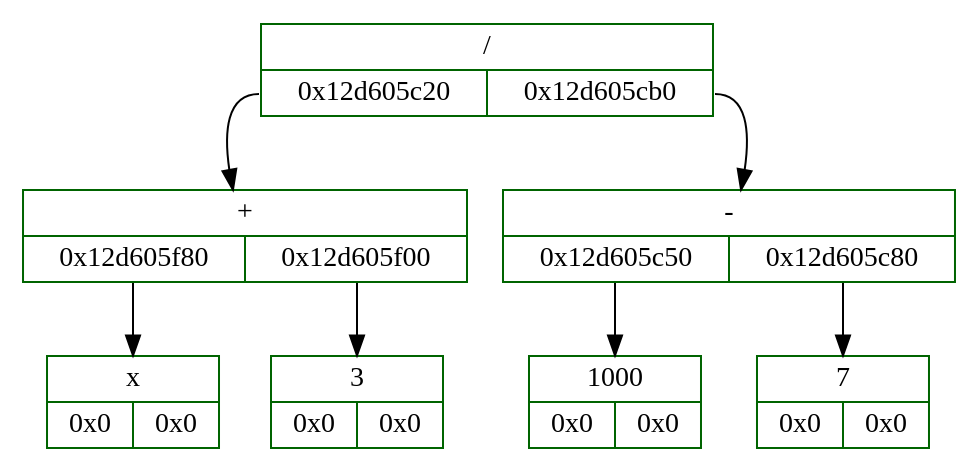
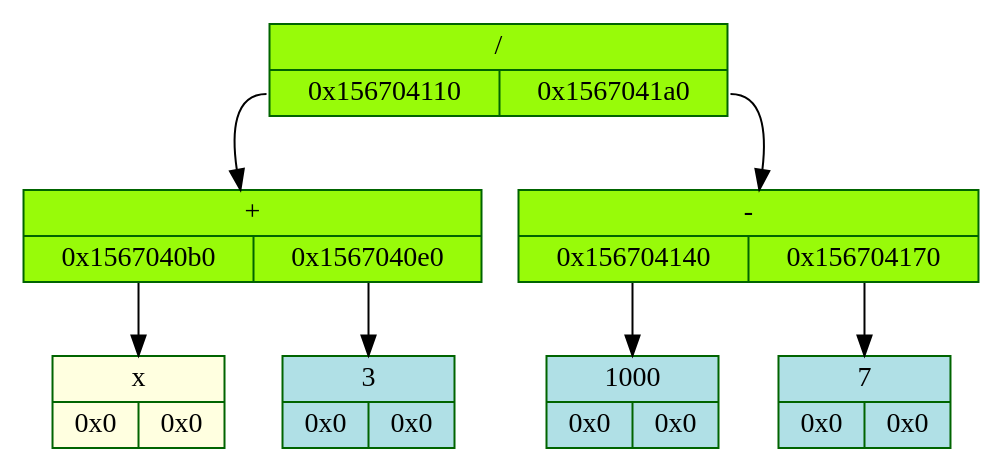
One commit to whiterno/bin_exp_tree changed the diagram in log/dump.dot. Above: the diagram before and after it, drawn with Graphviz. The commit also changed 3 other files, not shown here.

```diff
--- a/log/dump.dot
+++ b/log/dump.dot
@@ -1,17 +1,17 @@
 digraph D{
 	rankdir = TB
 
-	node_5056257248 [color = "darkgreen", style = "filled", shape = "record", fillcolor = "white", label = "{ /  | {<fl5056257248> 0x12d605c20 | <fr5056257248> 0x12d605cb0}}"]
-	node_5056257248: <fl5056257248> -> node_5056257056 [color = "black", arrowhead = "normal", label = ""]
-	node_5056257056 [color = "darkgreen", style = "filled", shape = "record", fillcolor = "white", label = "{ +  | {<fl5056257056> 0x12d605f80 | <fr5056257056> 0x12d605f00}}"]
-	node_5056257056: <fl5056257056> -> node_5056257920 [color = "black", arrowhead = "normal", label = ""]
-	node_5056257920 [color = "darkgreen", style = "filled", shape = "record", fillcolor = "white", label = "{x  | {<fl5056257920> 0x0 | <fr5056257920> 0x0}}"]
-	node_5056257056: <fr5056257056> -> node_5056257792 [color = "black", arrowhead = "normal", label = ""]
-	node_5056257792 [color = "darkgreen", style = "filled", shape = "record", fillcolor = "white", label = "{3  | {<fl5056257792> 0x0 | <fr5056257792> 0x0}}"]
-	node_5056257248: <fr5056257248> -> node_5056257200 [color = "black", arrowhead = "normal", label = ""]
-	node_5056257200 [color = "darkgreen", style = "filled", shape = "record", fillcolor = "white", label = "{ -  | {<fl5056257200> 0x12d605c50 | <fr5056257200> 0x12d605c80}}"]
-	node_5056257200: <fl5056257200> -> node_5056257104 [color = "black", arrowhead = "normal", label = ""]
-	node_5056257104 [color = "darkgreen", style = "filled", shape = "record", fillcolor = "white", label = "{1000  | {<fl5056257104> 0x0 | <fr5056257104> 0x0}}"]
-	node_5056257200: <fr5056257200> -> node_5056257152 [color = "black", arrowhead = "normal", label = ""]
-	node_5056257152 [color = "darkgreen", style = "filled", shape = "record", fillcolor = "white", label = "{7  | {<fl5056257152> 0x0 | <fr5056257152> 0x0}}"]
+	node_5745164752 [color = "darkgreen", style = "filled", shape = "record", fillcolor = "#98FB9" label = "{ /  | {<fl5745164752> 0x156704110 | <fr5745164752> 0x1567041a0}}"]
+	node_5745164752: <fl5745164752> -> node_5745164560 [color = "black", arrowhead = "normal", label = ""]
+	node_5745164560 [color = "darkgreen", style = "filled", shape = "record", fillcolor = "#98FB9" label = "{ +  | {<fl5745164560> 0x1567040b0 | <fr5745164560> 0x1567040e0}}"]
+	node_5745164560: <fl5745164560> -> node_5745164464 [color = "black", arrowhead = "normal", label = ""]
+	node_5745164464 [color = "darkgreen", style = "filled", shape = "record", fillcolor = "#FFFFE0" label = "{x  | {<fl5745164464> 0x0 | <fr5745164464> 0x0}}"]
+	node_5745164560: <fr5745164560> -> node_5745164512 [color = "black", arrowhead = "normal", label = ""]
+	node_5745164512 [color = "darkgreen", style = "filled", shape = "record", fillcolor = "#B0E0E6" label = "{3  | {<fl5745164512> 0x0 | <fr5745164512> 0x0}}"]
+	node_5745164752: <fr5745164752> -> node_5745164704 [color = "black", arrowhead = "normal", label = ""]
+	node_5745164704 [color = "darkgreen", style = "filled", shape = "record", fillcolor = "#98FB9" label = "{ -  | {<fl5745164704> 0x156704140 | <fr5745164704> 0x156704170}}"]
+	node_5745164704: <fl5745164704> -> node_5745164608 [color = "black", arrowhead = "normal", label = ""]
+	node_5745164608 [color = "darkgreen", style = "filled", shape = "record", fillcolor = "#B0E0E6" label = "{1000  | {<fl5745164608> 0x0 | <fr5745164608> 0x0}}"]
+	node_5745164704: <fr5745164704> -> node_5745164656 [color = "black", arrowhead = "normal", label = ""]
+	node_5745164656 [color = "darkgreen", style = "filled", shape = "record", fillcolor = "#B0E0E6" label = "{7  | {<fl5745164656> 0x0 | <fr5745164656> 0x0}}"]
 }
```
